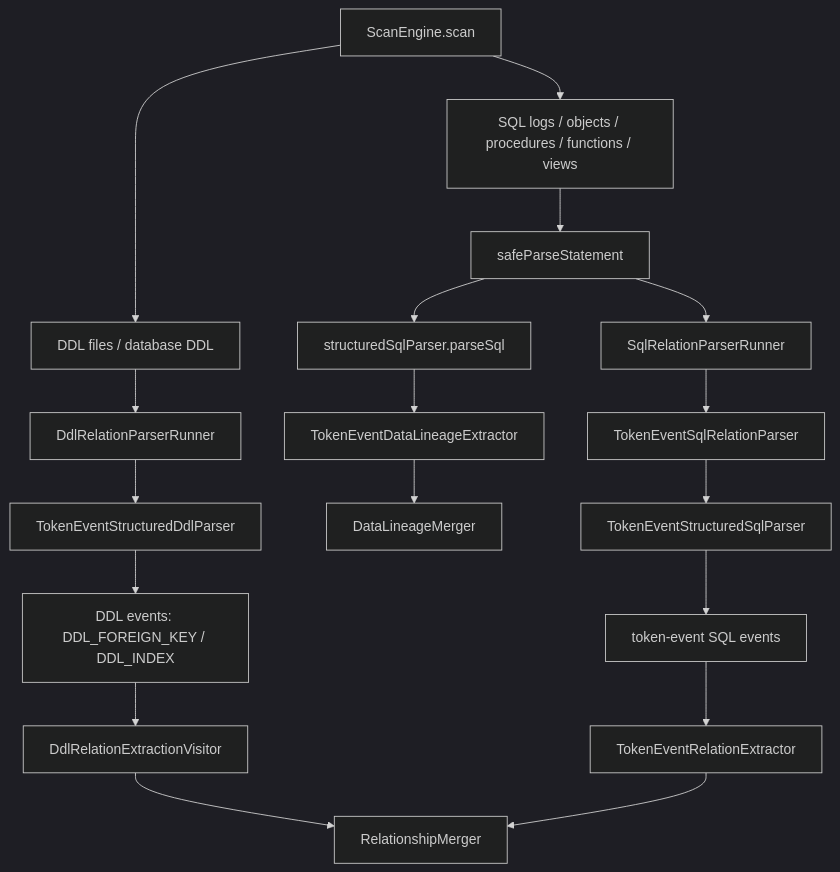
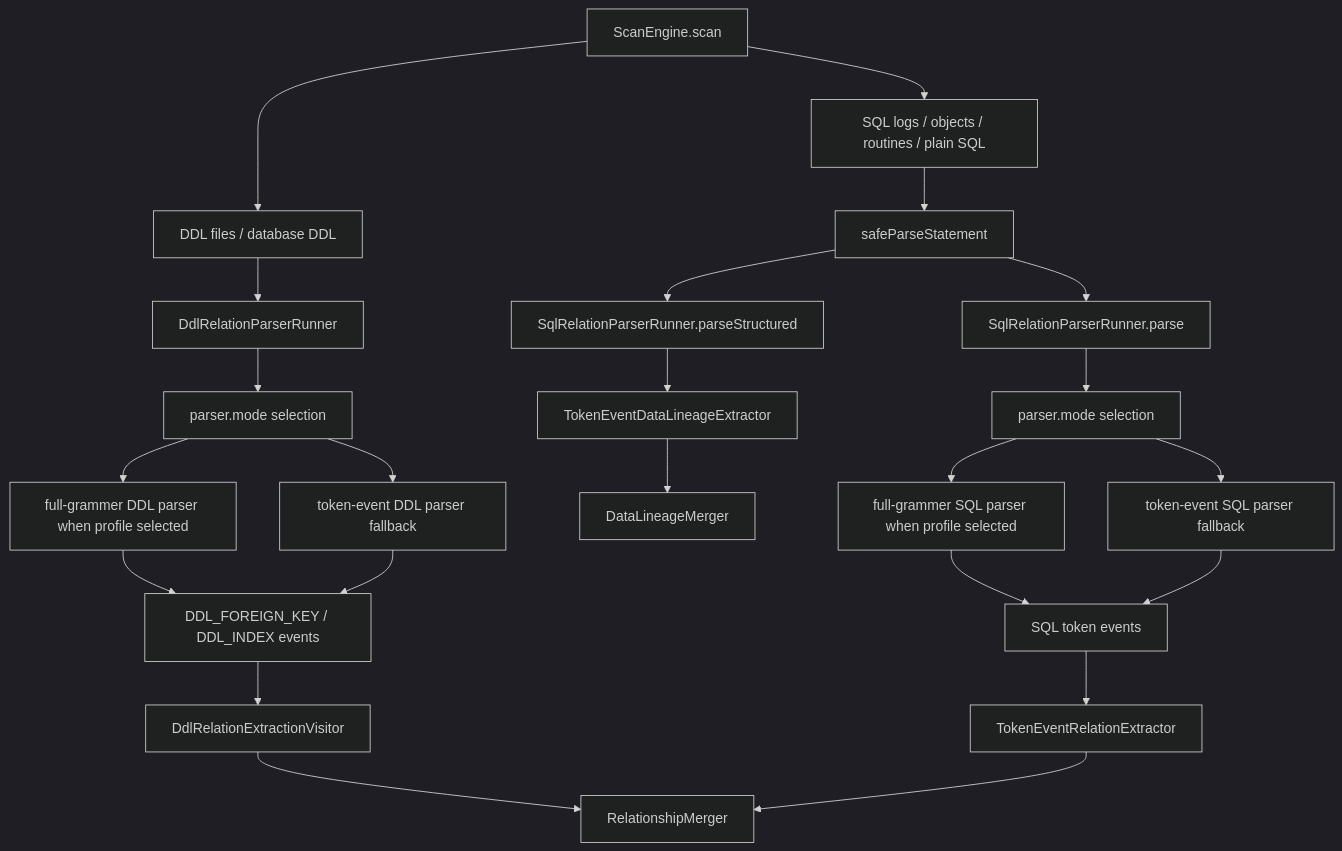
Before and after one commit to xiaoguang/relation-detector: the diagram in docs/design/phase-06-parser-enhancement.md, drawn with Mermaid (dark theme). The commit also changed other lines of this file and 20 other files, not shown here.

````diff
--- a/docs/design/phase-06-parser-enhancement.md
+++ b/docs/design/phase-06-parser-enhancement.md
@@ -207,24 +158,29 @@
 ```mermaid
 flowchart TD
   scan["ScanEngine.scan"]
 
-  scan --> ddlFile["DDL files / database DDL"]
-  ddlFile --> ddlRunner["DdlRelationParserRunner"]
-  ddlRunner --> ddlParser["TokenEventStructuredDdlParser"]
-  ddlParser --> ddlEvents["DDL events: DDL_FOREIGN_KEY / DDL_INDEX"]
+  scan --> ddlInput["DDL files / database DDL"]
+  ddlInput --> ddlRunner["DdlRelationParserRunner"]
+  ddlRunner --> ddlMode["parser.mode selection"]
+  ddlMode --> ddlFull["full-grammer DDL parser when profile selected"]
+  ddlMode --> ddlToken["token-event DDL parser fallback"]
+  ddlFull --> ddlEvents["DDL_FOREIGN_KEY / DDL_INDEX events"]
+  ddlToken --> ddlEvents
   ddlEvents --> ddlRel["DdlRelationExtractionVisitor"]
   ddlRel --> relMerge["RelationshipMerger"]
 
-  scan --> sqlSrc["SQL logs / objects / procedures / functions / views"]
-  sqlSrc --> safeSql["safeParseStatement"]
-  safeSql --> sqlStructForLineage["structuredSqlParser.parseSql"]
-  sqlStructForLineage --> lineage["TokenEventDataLineageExtractor"]
+  scan --> sqlInput["SQL logs / objects / routines / plain SQL"]
+  sqlInput --> safeSql["safeParseStatement"]
+  safeSql --> structuredA["SqlRelationParserRunner.parseStructured"]
+  structuredA --> lineage["TokenEventDataLineageExtractor"]
   lineage --> lineageMerge["DataLineageMerger"]
 
-  safeSql --> sqlRunner["SqlRelationParserRunner"]
-  sqlRunner --> sqlParser["TokenEventSqlRelationParser"]
-  sqlParser --> sqlStructForRel["TokenEventStructuredSqlParser"]
-  sqlStructForRel --> sqlEvents["token-event SQL events"]
+  safeSql --> sqlRunner["SqlRelationParserRunner.parse"]
+  sqlRunner --> sqlMode["parser.mode selection"]
+  sqlMode --> sqlFull["full-grammer SQL parser when profile selected"]
+  sqlMode --> sqlToken["token-event SQL parser fallback"]
+  sqlFull --> sqlEvents["SQL token events"]
+  sqlToken --> sqlEvents
   sqlEvents --> sqlRel["TokenEventRelationExtractor"]
   sqlRel --> relMerge
 ```
````
